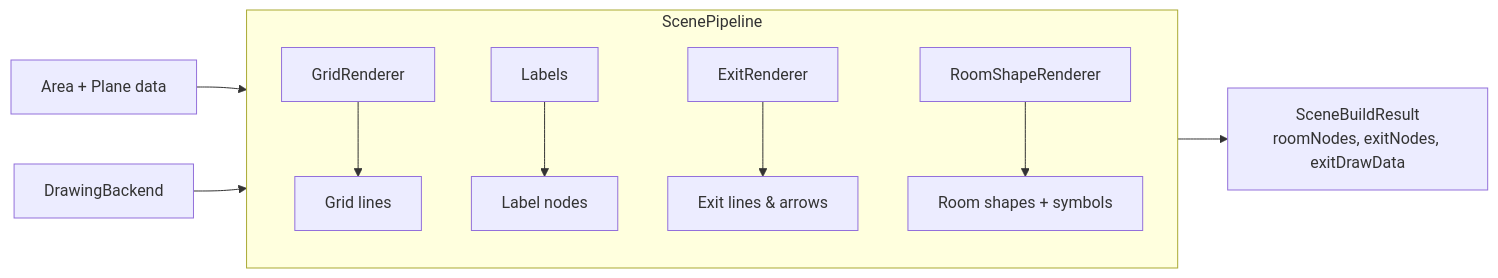
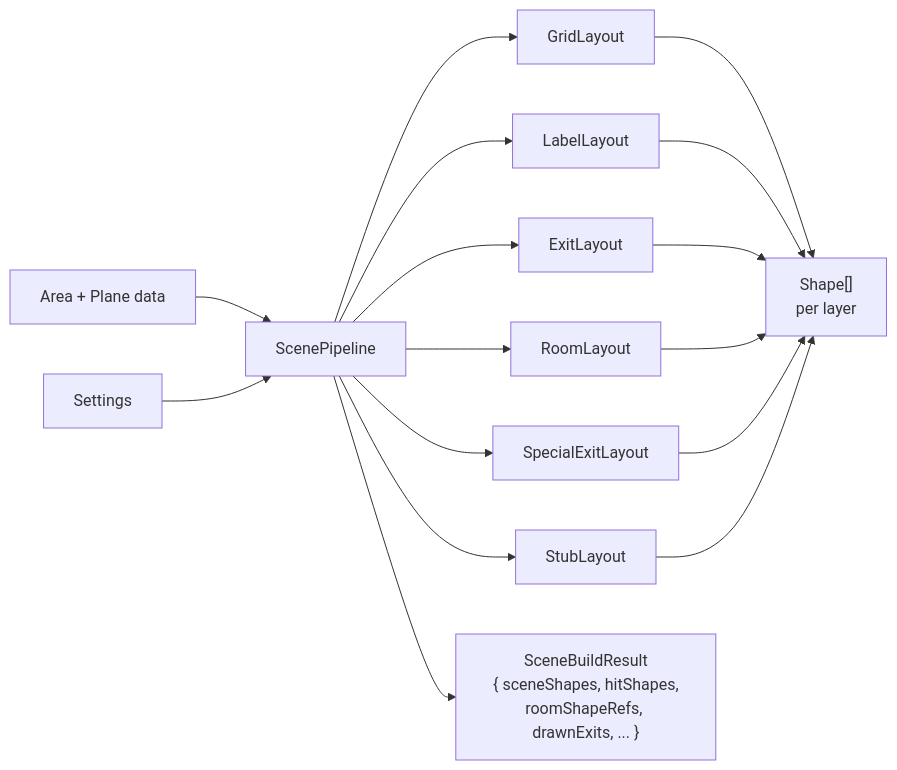
The tenth of 17 diagrams in docs/architecture.md (Delwing/mudlet-map-renderer), drawn with Mermaid before and after one commit. The commit also changed other lines of this file and 44 other files, not shown here.

First line of the commit message:
Add reusable scene culling and flush utilities, unify shape handling across rendering paths

````diff
--- a/docs/architecture.md
+++ b/docs/architecture.md
@@ -302,14 +428,13 @@
 ```mermaid
 flowchart LR
-    subgraph ScenePipeline
-        direction TB
-        G[GridRenderer] --> Grid[Grid lines]
-        L[Labels] --> LB[Label nodes]
-        E[ExitRenderer] --> EX[Exit lines & arrows]
-        R[RoomShapeRenderer] --> RM[Room shapes + symbols]
-    end
-
-    Area["Area + Plane data"] --> ScenePipeline
-    DB["DrawingBackend"] --> ScenePipeline
-    ScenePipeline --> Result["SceneBuildResult<br/>roomNodes, exitNodes, exitDrawData"]
+    Area["Area + Plane data"] --> SP[ScenePipeline]
+    Settings --> SP
+    SP --> GL[GridLayout]
+    SP --> LL[LabelLayout]
+    SP --> EL[ExitLayout]
+    SP --> RL[RoomLayout]
+    SP --> SE[SpecialExitLayout]
+    SP --> SL[StubLayout]
+    GL & LL & EL & RL & SE & SL --> Shapes["Shape[]<br/>per layer"]
+    SP --> Result["SceneBuildResult<br/>{ sceneShapes, hitShapes,<br/>roomShapeRefs, drawnExits, ... }"]
 ```
````
